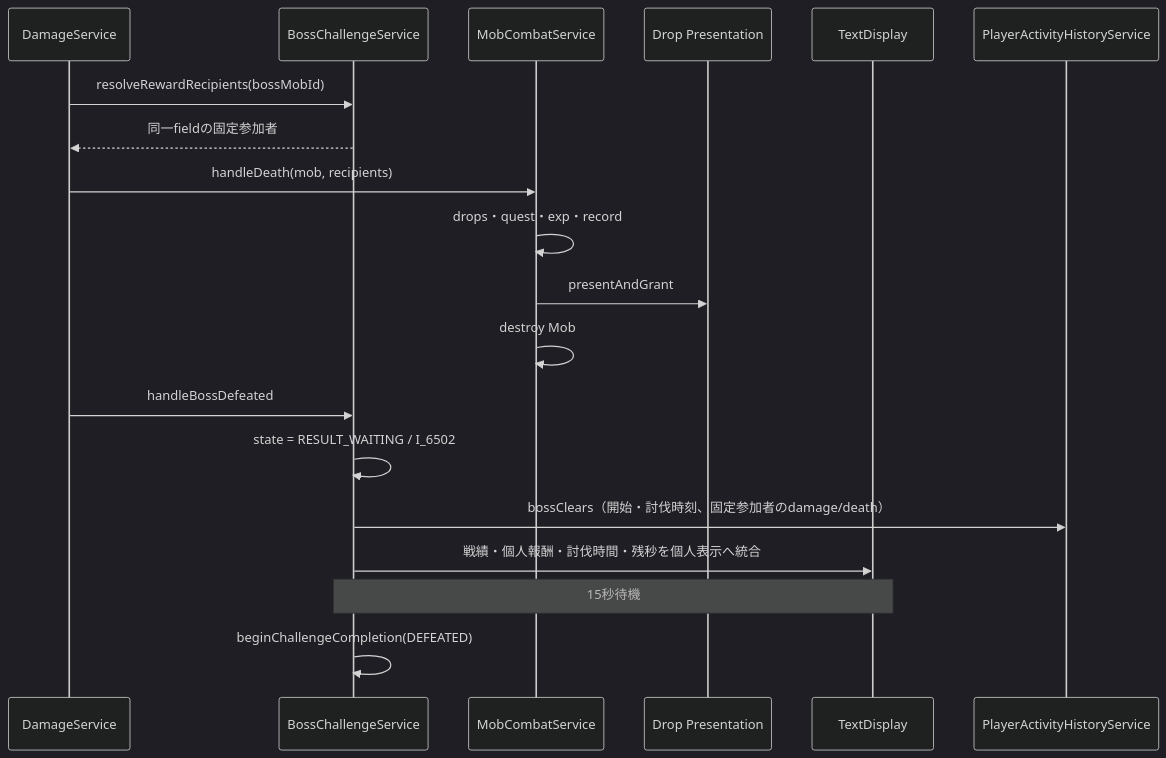
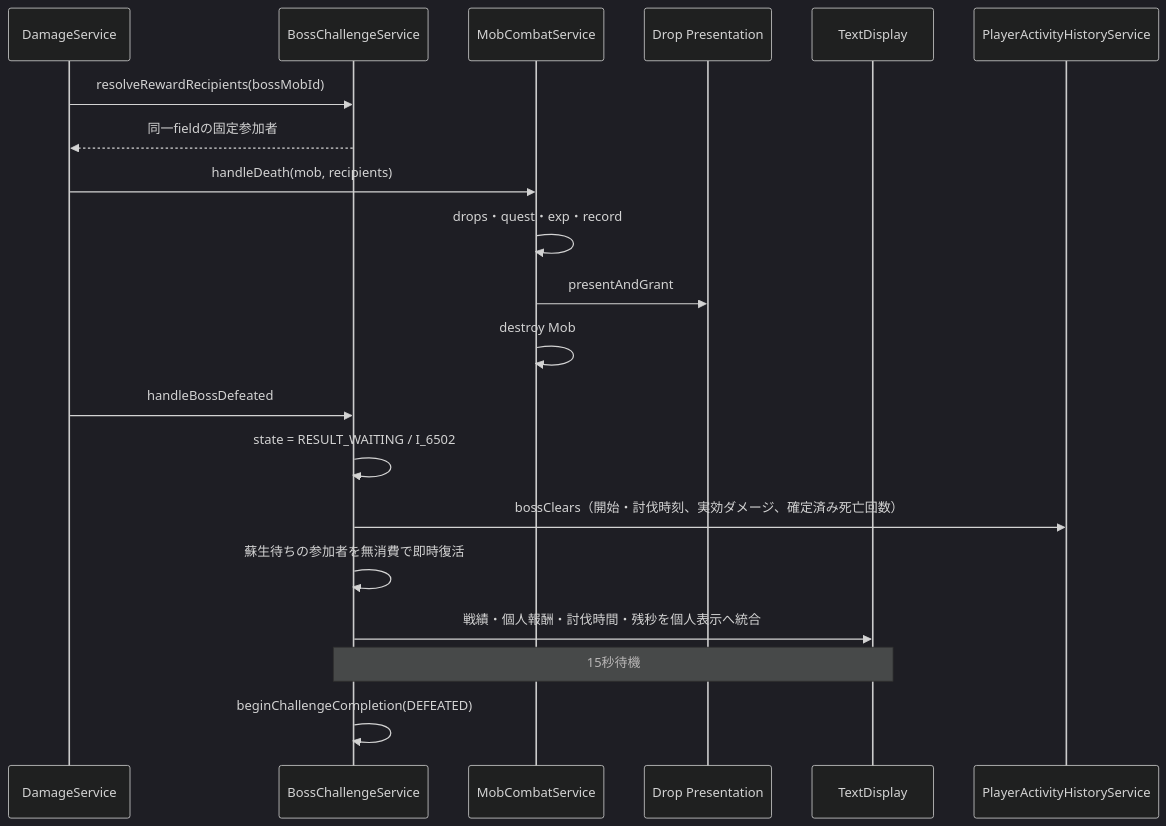
Before and after one commit to maaasu/AstralRecord-Workspace: the fourth of 6 diagrams in 00_docs/10_Plugin設計書/feature/26-boss/26_4-統合フロー.md, drawn with Mermaid (dark theme). The commit also changed other lines of this file and 11 other files, not shown here.

````diff
--- a/00_docs/10_Plugin設計書/feature/26-boss/26_4-統合フロー.md
+++ b/00_docs/10_Plugin設計書/feature/26-boss/26_4-統合フロー.md
@@ -153,22 +158,23 @@
 ```mermaid
 sequenceDiagram
     participant D as DamageService
     participant B as BossChallengeService
     participant MC as MobCombatService
     participant DP as Drop Presentation
     participant TD as TextDisplay
     participant H as PlayerActivityHistoryService
 
     D->>B: resolveRewardRecipients(bossMobId)
     B-->>D: 同一fieldの固定参加者
     D->>MC: handleDeath(mob, recipients)
     MC->>MC: drops・quest・exp・record
     MC->>DP: presentAndGrant
     MC->>MC: destroy Mob
     D->>B: handleBossDefeated
     B->>B: state = RESULT_WAITING / I_6502
-    B->>H: bossClears（開始・討伐時刻、固定参加者のdamage/death）
+    B->>H: bossClears（開始・討伐時刻、実効ダメージ、確定済み死亡回数）
+    B->>B: 蘇生待ちの参加者を無消費で即時復活
     B->>TD: 戦績・個人報酬・討伐時間・残秒を個人表示へ統合
     Note over B,TD: 15秒待機
     B->>B: beginChallengeCompletion(DEFEATED)
 ```
````
